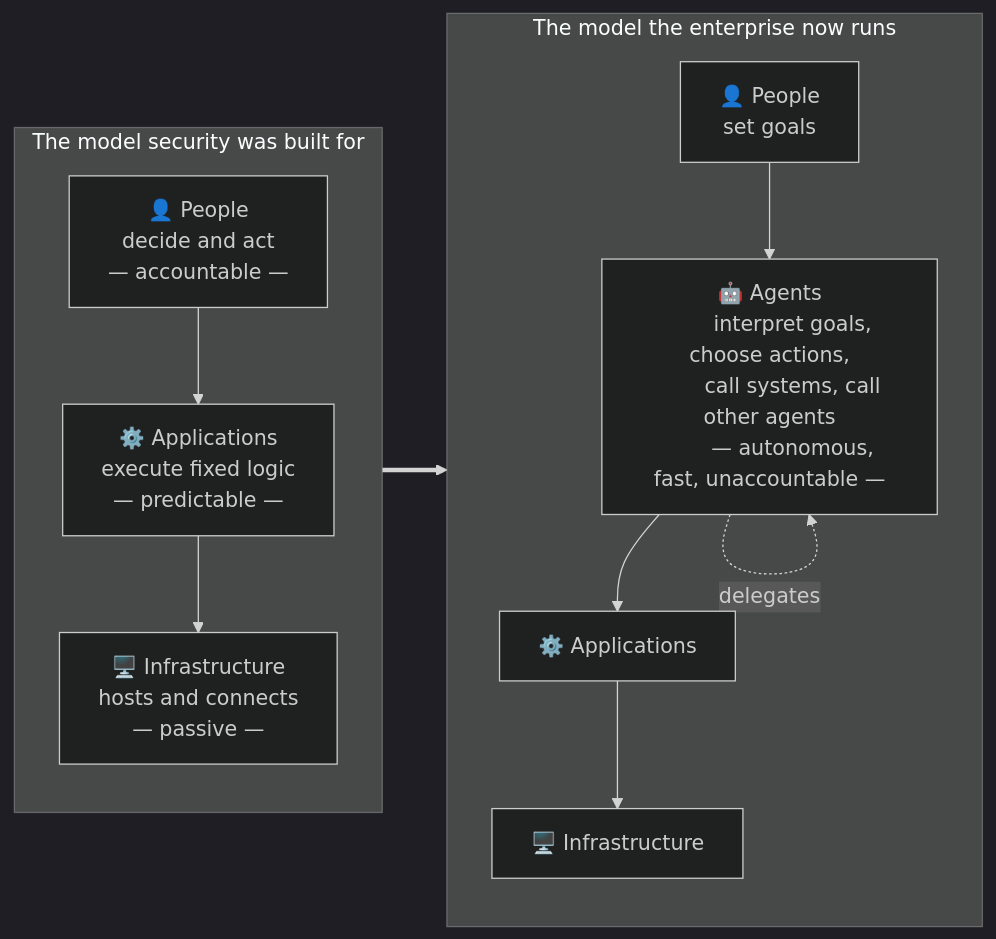
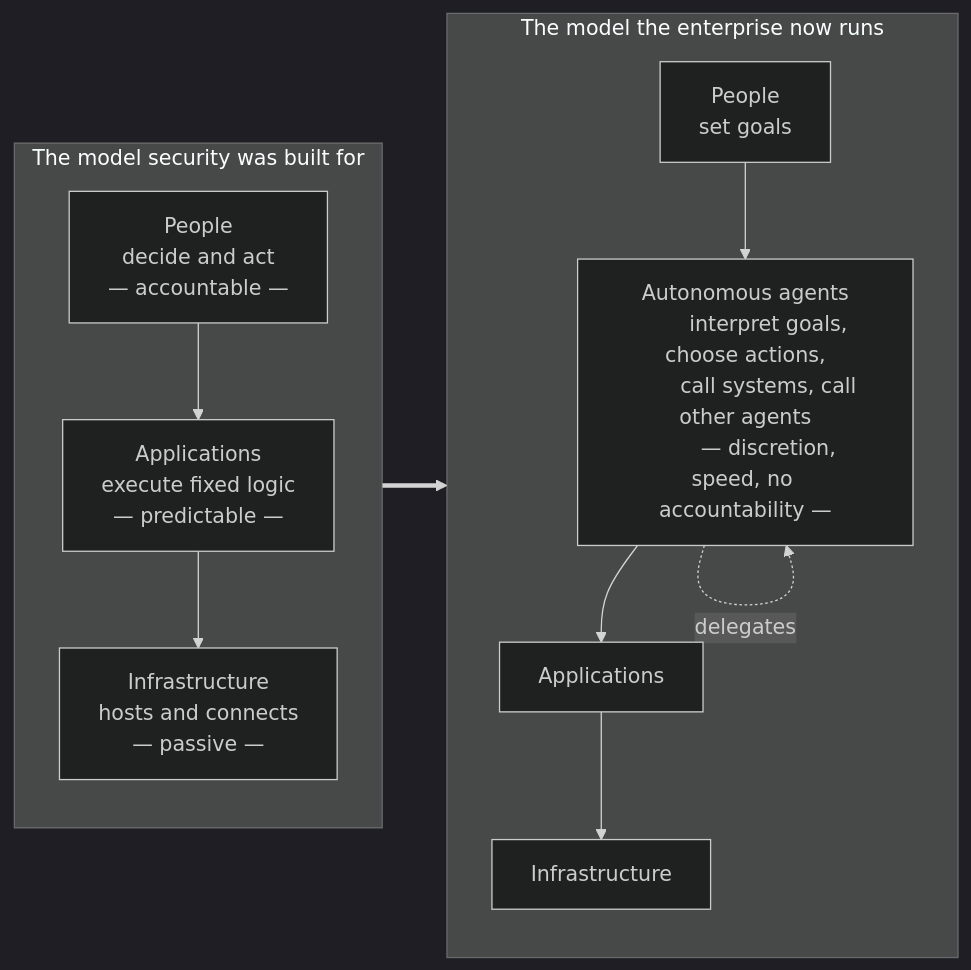
One commit to subodhpatil/suubodhpatil.github.io changed the first of 2 diagrams in _posts/2026-10-03-from-zero-trust-to-agent-trust.md. Above: the diagram before and after it, drawn with Mermaid (dark theme). The commit also changed other lines of this file, not shown here.

Commit message:
Agent Trust post: tighten to ~12 min read, distinguish autonomous agents from copilots, acknowledge NHI view, business/investor framing

````diff
--- a/_posts/2026-10-03-from-zero-trust-to-agent-trust.md
+++ b/_posts/2026-10-03-from-zero-trust-to-agent-trust.md
@@ -91,32 +83,32 @@
 ```mermaid
 flowchart LR
     subgraph OLD["The model security was built for"]
         direction TB
-        U1["👤 People
+        U1["People
         decide and act
         — accountable —"]
-        A1["⚙️ Applications
+        A1["Applications
         execute fixed logic
         — predictable —"]
-        I1["🖥️ Infrastructure
+        I1["Infrastructure
         hosts and connects
         — passive —"]
         U1 --> A1 --> I1
     end
 
     subgraph NEW["The model the enterprise now runs"]
         direction TB
-        U2["👤 People
+        U2["People
         set goals"]
-        AG["🤖 Agents
+        AG["Autonomous agents
         interpret goals, choose actions,
         call systems, call other agents
-        — autonomous, fast, unaccountable —"]
-        A2["⚙️ Applications"]
-        I2["🖥️ Infrastructure"]
+        — discretion, speed, no accountability —"]
+        A2["Applications"]
+        I2["Infrastructure"]
         U2 --> AG --> A2 --> I2
         AG -. delegates .-> AG
     end
 
     OLD ==> NEW
 ```
````
